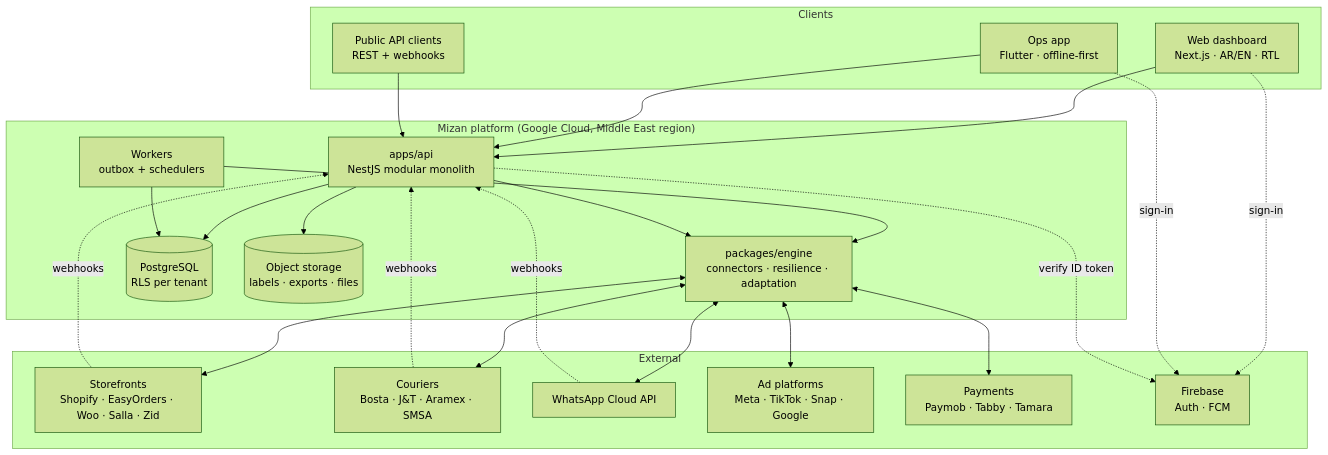
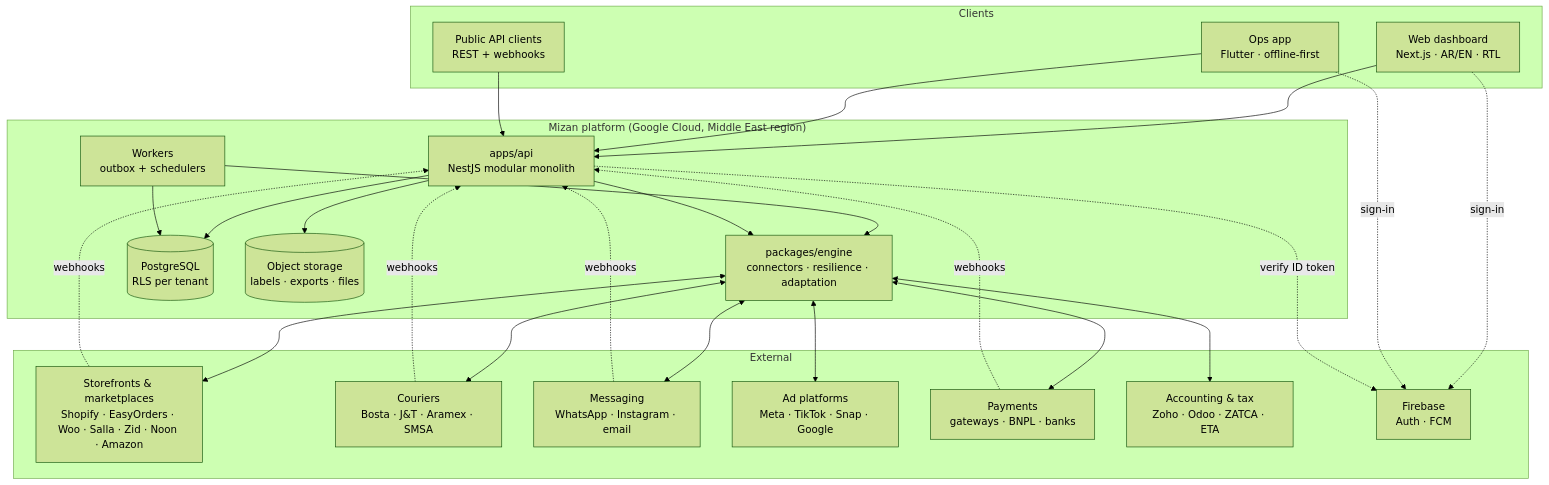
Before and after one commit to BranditaLabs/mizan: the first of 2 diagrams in docs/03-architecture.md, drawn with Mermaid (forest theme). The commit also changed other lines of this file and 53 other files, not shown here.

````diff
--- a/docs/03-architecture.md
+++ b/docs/03-architecture.md
@@ -5,33 +5,34 @@
 ```mermaid
 flowchart TB
   subgraph Clients
     W[Web dashboard<br/>Next.js · AR/EN · RTL]
     O[Ops app<br/>Flutter · offline-first]
     P[Public API clients<br/>REST + webhooks]
   end
   subgraph Mizan["Mizan platform (Google Cloud, Middle East region)"]
     API[apps/api<br/>NestJS modular monolith]
     WK[Workers<br/>outbox + schedulers]
     ENG[packages/engine<br/>connectors · resilience · adaptation]
     DB[(PostgreSQL<br/>RLS per tenant)]
     OBJ[(Object storage<br/>labels · exports · files)]
   end
   subgraph External
-    ST[Storefronts<br/>Shopify · EasyOrders · Woo · Salla · Zid]
+    ST[Storefronts & marketplaces<br/>Shopify · EasyOrders · Woo · Salla · Zid · Noon · Amazon]
     CR[Couriers<br/>Bosta · J&T · Aramex · SMSA]
-    WA[WhatsApp Cloud API]
+    WA[Messaging<br/>WhatsApp · Instagram · email]
     AD[Ad platforms<br/>Meta · TikTok · Snap · Google]
-    PAY[Payments<br/>Paymob · Tabby · Tamara]
+    PAY[Payments<br/>gateways · BNPL · banks]
+    ACC[Accounting & tax<br/>Zoho · Odoo · ZATCA · ETA]
     FB[Firebase<br/>Auth · FCM]
   end
   W & O & P --> API
   API --> DB
   WK --> DB
   WK --> ENG
   API --> ENG
-  ENG <--> ST & CR & WA & AD & PAY
-  ST & CR & WA -. webhooks .-> API
+  ENG <--> ST & CR & WA & AD & PAY & ACC
+  ST & CR & WA & PAY -. webhooks .-> API
   W & O -. sign-in .-> FB
   API -. verify ID token .-> FB
   API --> OBJ
 ```
````
